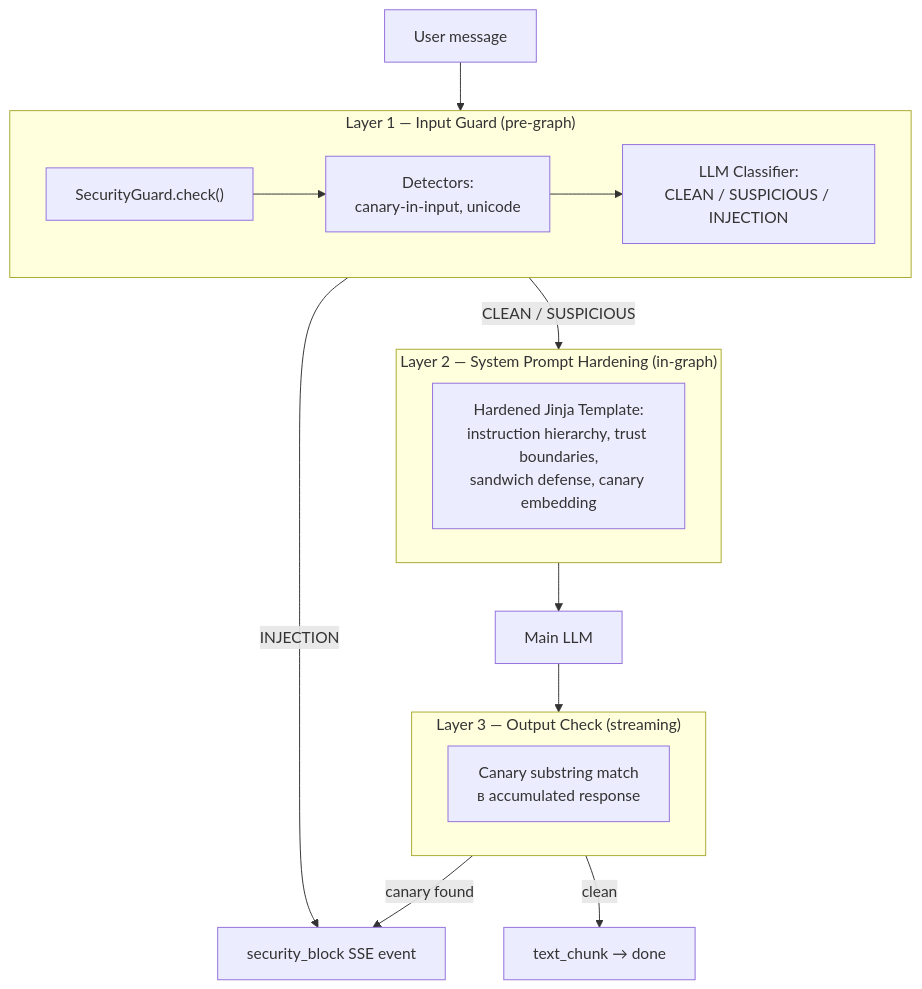
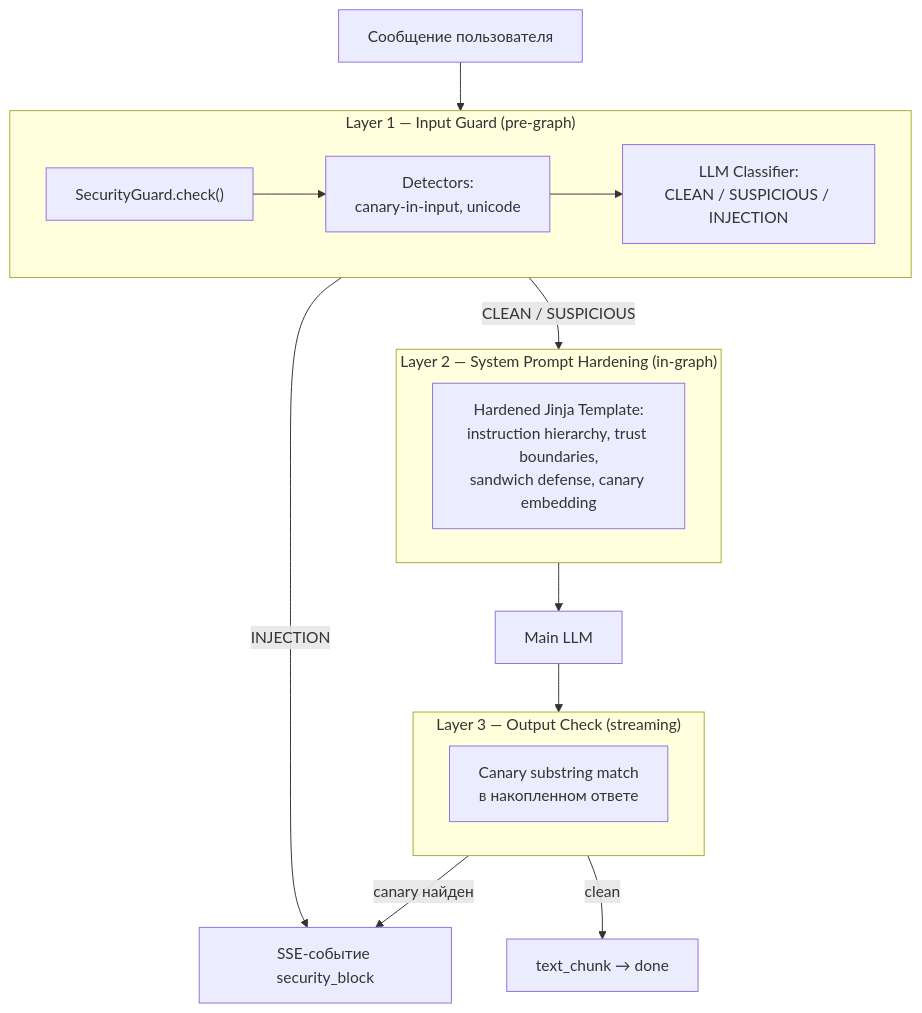
Before and after one commit to Bbar0n234/learnflow-ai: the first of 4 diagrams in doc/security/architecture.md, drawn with Mermaid. The commit also changed other lines of this file and 1 other file, not shown here.

First line of the commit message:
docs(conventions): применимость правил к диаграммам + фикс architecture.md

````diff
--- a/doc/security/architecture.md
+++ b/doc/security/architecture.md
@@ -11,25 +12,25 @@
 ```mermaid
 graph TB
     subgraph PRE["Layer 1 — Input Guard (pre-graph)"]
         GUARD["SecurityGuard.check()"]
         DET["Detectors:<br/>canary-in-input, unicode"]
         CLS["LLM Classifier:<br/>CLEAN / SUSPICIOUS / INJECTION"]
         GUARD --> DET --> CLS
     end
 
     subgraph IN["Layer 2 — System Prompt Hardening (in-graph)"]
         TPL["Hardened Jinja Template:<br/>instruction hierarchy, trust boundaries,<br/>sandwich defense, canary embedding"]
     end
 
     subgraph POST["Layer 3 — Output Check (streaming)"]
-        CANARY_OUT["Canary substring match<br/>в accumulated response"]
+        CANARY_OUT["Canary substring match<br/>в накопленном ответе"]
     end
 
-    INPUT["User message"] --> PRE
-    PRE -->|"INJECTION"| BLOCK["security_block SSE event"]
+    INPUT["Сообщение пользователя"] --> PRE
+    PRE -->|"INJECTION"| BLOCK["SSE-событие security_block"]
     PRE -->|"CLEAN / SUSPICIOUS"| IN
     IN --> LLM["Main LLM"]
     LLM --> POST
-    POST -->|"canary found"| BLOCK
+    POST -->|"canary найден"| BLOCK
     POST -->|"clean"| OUTPUT["text_chunk → done"]
 ```
````
